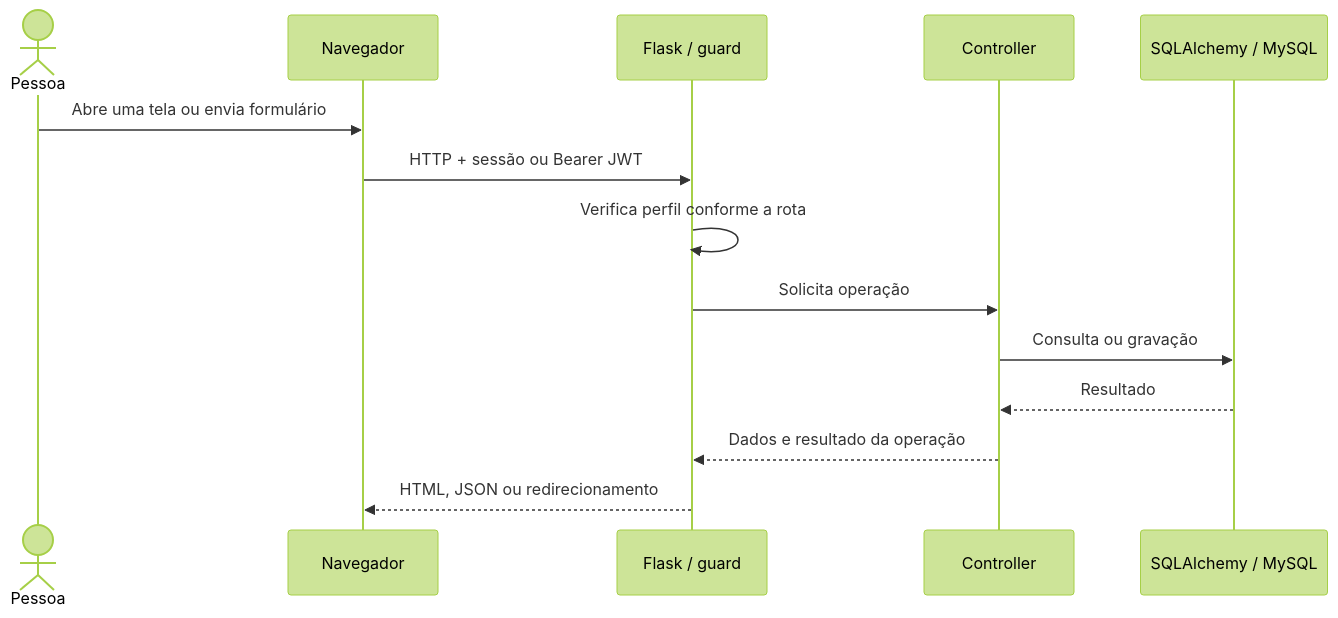
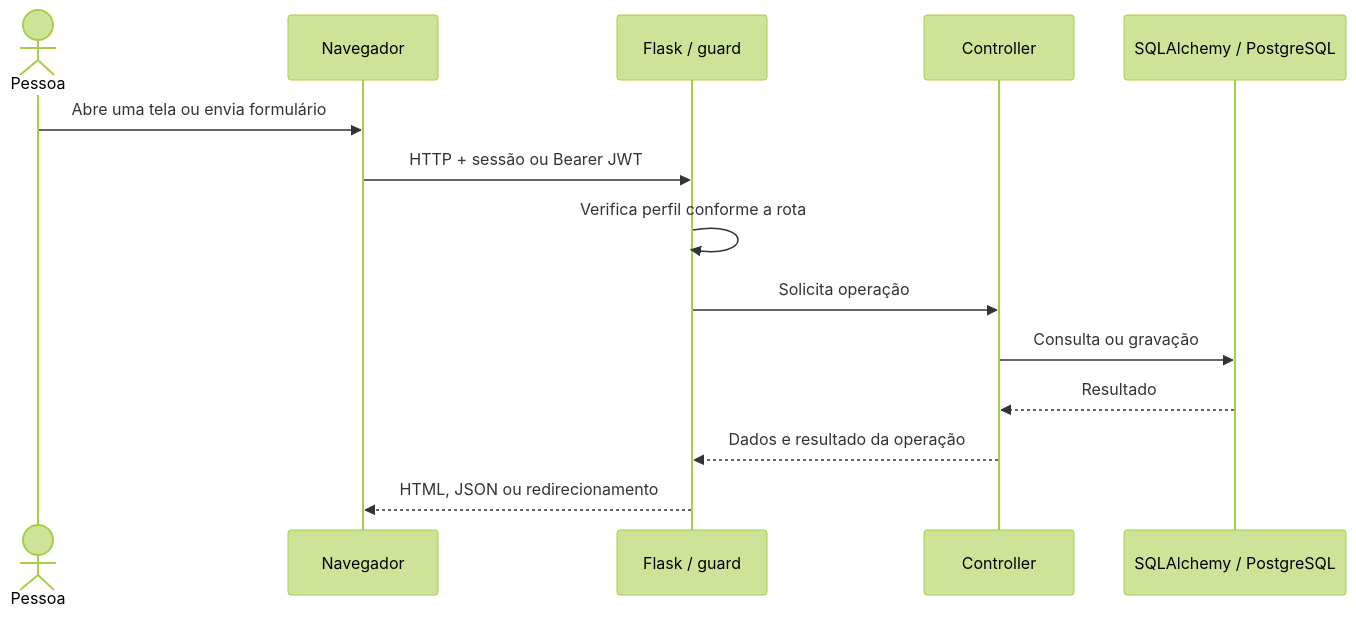
One commit to robertoqimin/edufast-2.0 changed the first of 3 diagrams in Documentos/arquitetura/ARQUITETURA.md. Above: the diagram before and after it, drawn with Mermaid (forest theme). The commit also changed other lines of this file and 361 other files, not shown here.

````diff
--- a/Documentos/arquitetura/ARQUITETURA.md
+++ b/Documentos/arquitetura/ARQUITETURA.md
@@ -29,16 +29,16 @@
 ```mermaid
 sequenceDiagram
     actor Pessoa
     participant Tela as Navegador
     participant Rota as Flask / guard
     participant Controle as Controller
-    participant Dados as SQLAlchemy / MySQL
+    participant Dados as SQLAlchemy / PostgreSQL
     Pessoa->>Tela: Abre uma tela ou envia formulário
     Tela->>Rota: HTTP + sessão ou Bearer JWT
     Rota->>Rota: Verifica perfil conforme a rota
     Rota->>Controle: Solicita operação
     Controle->>Dados: Consulta ou gravação
     Dados-->>Controle: Resultado
     Controle-->>Rota: Dados e resultado da operação
     Rota-->>Tela: HTML, JSON ou redirecionamento
 ```
````
